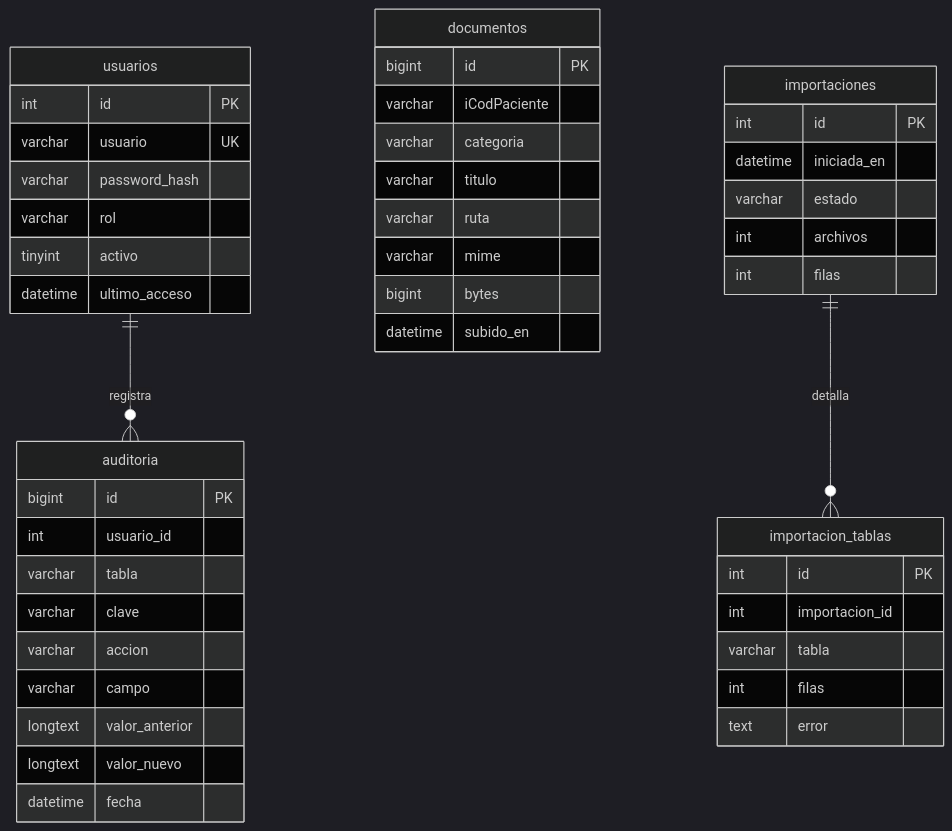
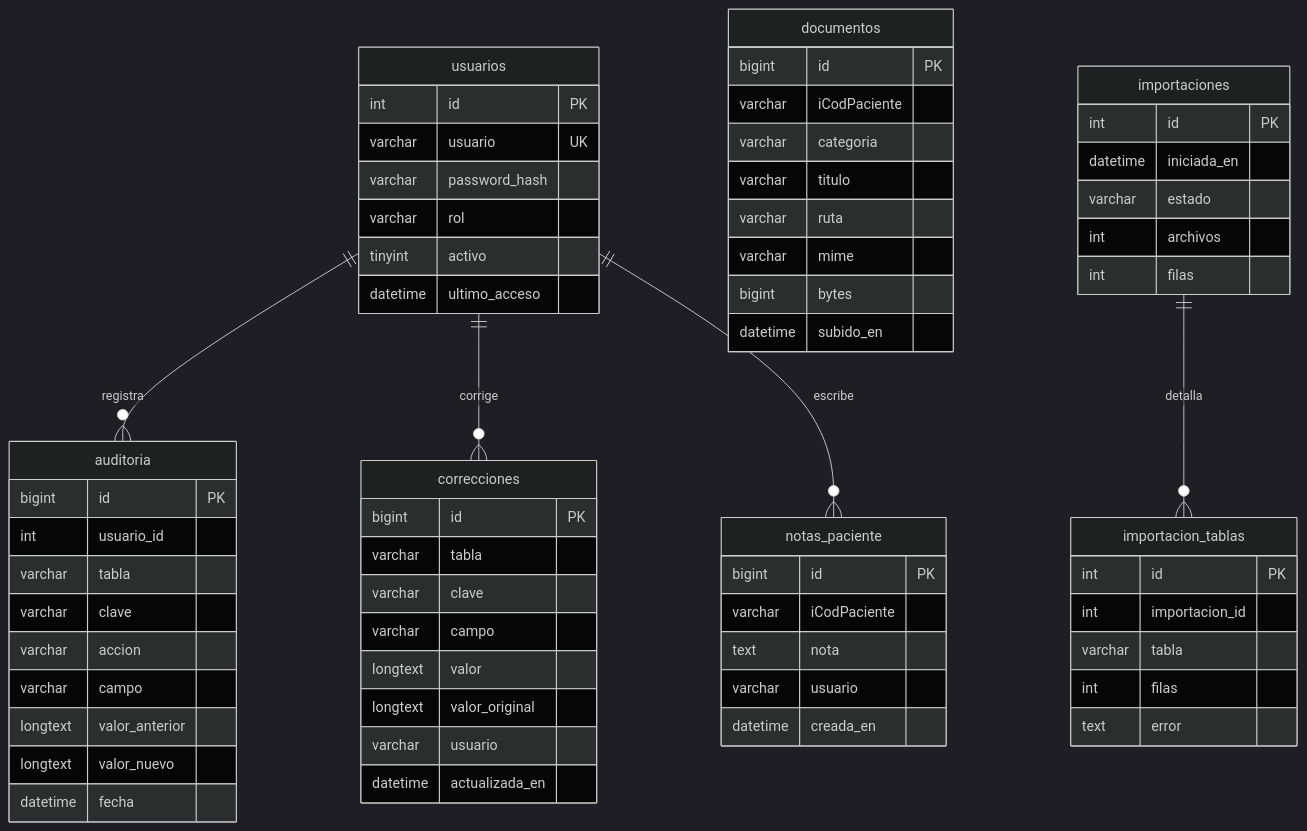
Before and after one commit to xavfo/extractor-Panther: the second of 2 diagrams in docs/ARQUITECTURA.md, drawn with Mermaid (dark theme). The commit also changed other lines of this file and 17 other files, not shown here.

````diff
--- a/docs/ARQUITECTURA.md
+++ b/docs/ARQUITECTURA.md
@@ -91,48 +91,67 @@
 ```mermaid
 erDiagram
     usuarios {
         int id PK
         varchar usuario UK
         varchar password_hash
         varchar rol
         tinyint activo
         datetime ultimo_acceso
     }
     auditoria {
         bigint id PK
         int usuario_id
         varchar tabla
         varchar clave
         varchar accion
         varchar campo
         longtext valor_anterior
         longtext valor_nuevo
         datetime fecha
     }
     documentos {
         bigint id PK
         varchar iCodPaciente
         varchar categoria
         varchar titulo
         varchar ruta
         varchar mime
         bigint bytes
         datetime subido_en
     }
     importaciones {
         int id PK
         datetime iniciada_en
         varchar estado
         int archivos
         int filas
     }
     importacion_tablas {
         int id PK
         int importacion_id
         varchar tabla
         int filas
         text error
     }
+    correcciones {
+        bigint id PK
+        varchar tabla
+        varchar clave
+        varchar campo
+        longtext valor
+        longtext valor_original
+        varchar usuario
+        datetime actualizada_en
+    }
+    notas_paciente {
+        bigint id PK
+        varchar iCodPaciente
+        text nota
+        varchar usuario
+        datetime creada_en
+    }
     usuarios ||--o{ auditoria : "registra"
+    usuarios ||--o{ correcciones : "corrige"
+    usuarios ||--o{ notas_paciente : "escribe"
     importaciones ||--o{ importacion_tablas : "detalla"
 ```
````
